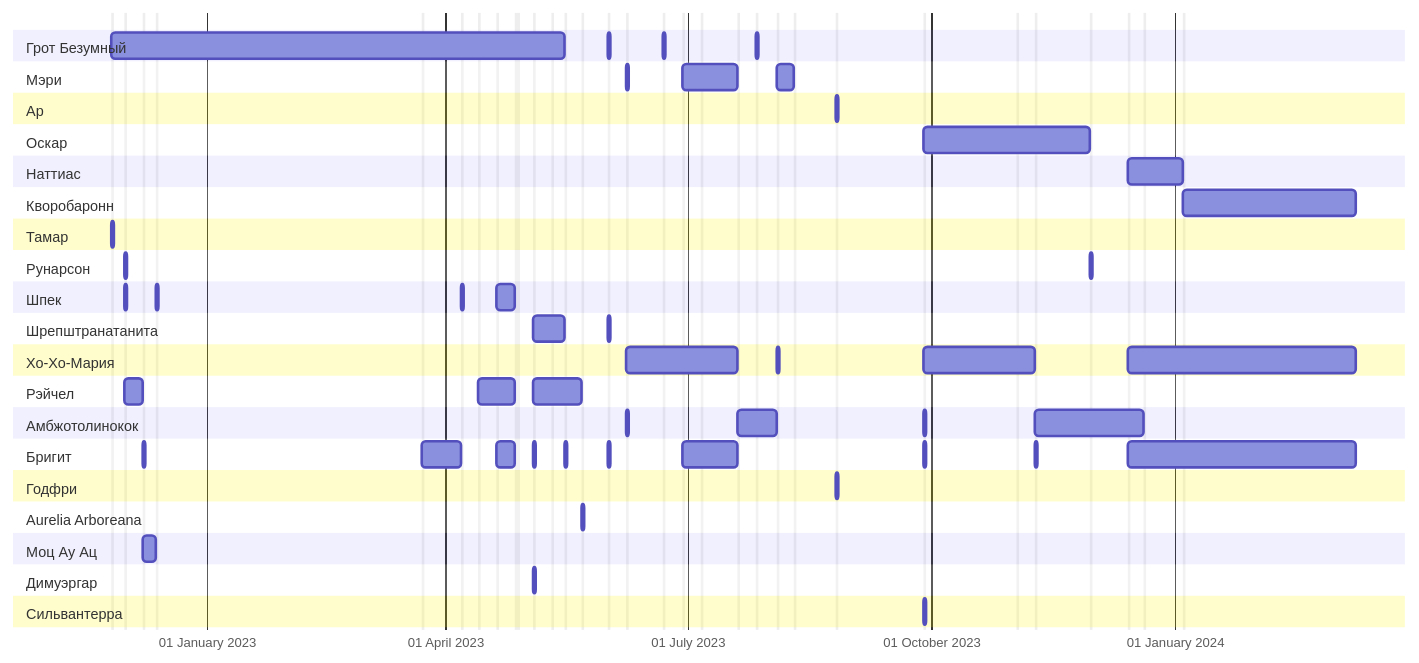
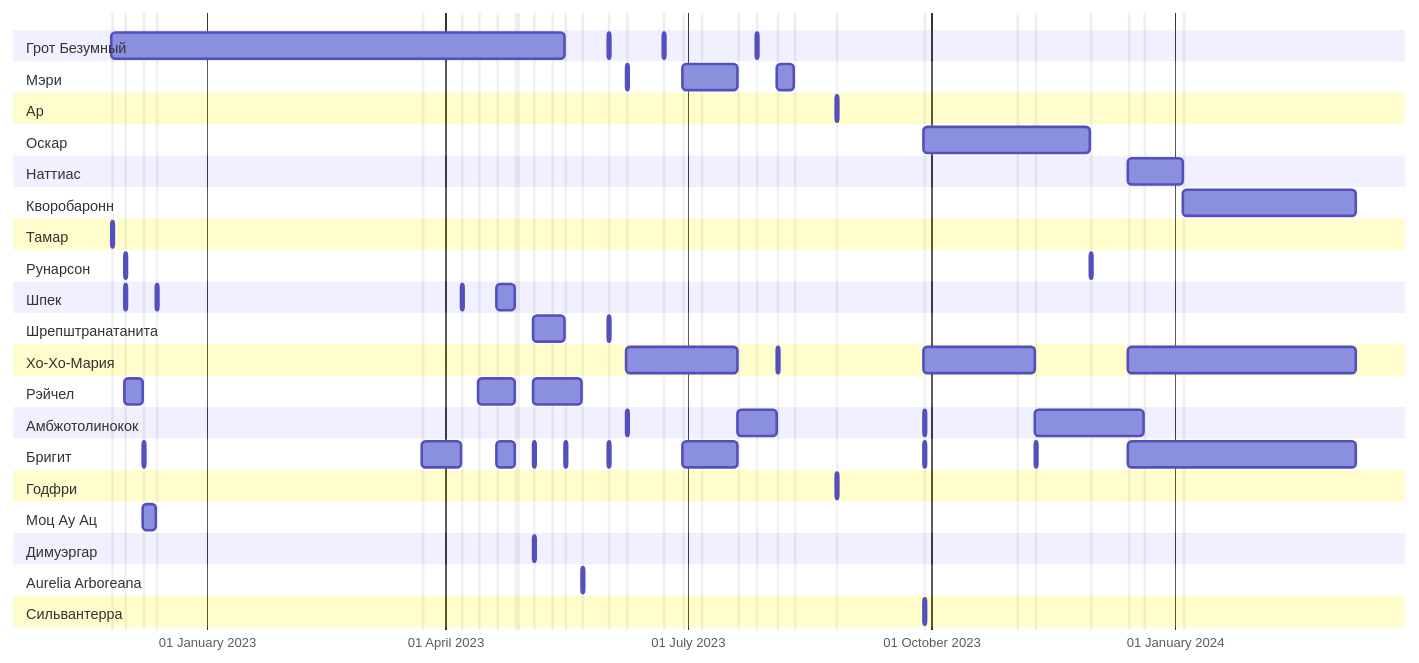
Before and after one commit to filhit/published-dnd-notes: the diagram in src/site/notes/Дневник GG Dungeon.md, drawn with Mermaid. The commit also changed other lines of this file, not shown here.

````diff
--- a/src/site/notes/Дневник GG Dungeon.md
+++ b/src/site/notes/Дневник GG Dungeon.md
@@ -44,74 +44,74 @@
 ```mermaid
 gantt
 %%{ init: { "gantt": { "displayMode": "compact" } } }%%
 	dateFormat YYYY-MM-DD
     axisFormat %d %B %Y
     tickInterval 3month
 	excludes 2022-11-26, 2022-12-01, 2022-12-08, 2022-12-13, 2023-03-23,2023-04-07, 2023-04-13, 2023-04-20, 2023-04-27, 2023-04-28, 2023-05-04, 2023-05-11, 2023-05-16, 2023-05-22, 2023-06-01, 2023-06-08, 2023-06-22, 2023-06-29, 2023-07-06, 2023-07-20, 2023-07-27, 2023-08-04, 2023-08-10, 2023-08-26, 2023-09-28, 2023-11-02, 2023-11-09, 2023-11-30, 2023-12-14, 2023-12-20, 2024-03-09, 2024-01-04
 	todayMarker off
 	section Грот Безумный
 		᠎: 2022-11-26,2023-05-16
 		᠎: 2023-06-01, 1d
 		᠎: 2023-06-22, 1d
 		᠎: 2023-07-27, 1d
 	section Мэри
 		᠎: 2023-06-08, 1d
 		᠎: 2023-06-29, 2023-07-20
 		᠎: 2023-08-04, 2023-08-10
 	section Ар
 		᠎: 2023-08-26, 1d 
 	section Оскар
 		᠎: 2023-09-28, 2023-11-30
 	section Наттиас
 		᠎: 2023-12-14, 2024-01-04
 	section Кворобаронн
 		᠎: 2024-01-04, 2024-03-09
 	section Тамар
 		᠎ :2022-11-26, 1d
 	section Рунарсон
 		᠎: 2022-12-01, 1d
 		᠎: 2023-11-30, 1d
 	section Шпек
 		᠎: 2022-12-01, 1d
 		᠎: 2022-12-13, 1d
 		᠎: 2023-04-07, 1d
 		᠎: 2023-04-20, 2023-04-27
 	section Шрепштранатанита
 		᠎: 2023-05-04, 2023-05-16
 		᠎: 2023-06-01, 1d
 	section Хо-Хо-Мария
 		᠎: 2023-06-08, 2023-07-20
 		᠎: 2023-08-04, 1d
 		᠎: 2023-09-28, 2023-11-09
 		᠎: 2023-12-14, 2024-03-09
 	section Рэйчел
 		᠎: 2022-12-01, 2022-12-08
 		᠎: 2023-04-13, 2023-04-27
 		᠎: 2023-05-04, 2023-05-22
 	section Амбжотолинокок
 		᠎: 2023-06-08, 1d
 		᠎: 2023-07-20, 2023-08-04
 		᠎: 2023-09-28, 1d
 		᠎: 2023-11-09, 2023-12-20
 	section Бригит
 		᠎: 2022-12-08, 1d
 		᠎: 2023-03-23, 2023-04-07
 		᠎: 2023-04-20, 2023-04-27
 		᠎: 2023-05-04, 1d
 		᠎: 2023-05-16, 1d
 		᠎: 2023-06-01, 1d 
 		᠎: 2023-06-29, 2023-07-20
 		᠎: 2023-09-28, 1d
 		᠎: 2023-11-09, 1d
 		᠎: 2023-12-14, 2024-03-09
 	section Годфри
 		᠎: 2023-08-26, 1d 
-	section Aurelia Arboreana
-		᠎: 2023-05-22, 1d 
 	section Моц Ау Ац
 		᠎: 2022-12-08, 2022-12-13
 	section Димуэргар
 		᠎: 2023-05-04, 1d
+	section Aurelia Arboreana
+		᠎: 2023-05-22, 1d 
 	section Сильвантерра
 		᠎: 2023-09-28, 1d
 ```
````
